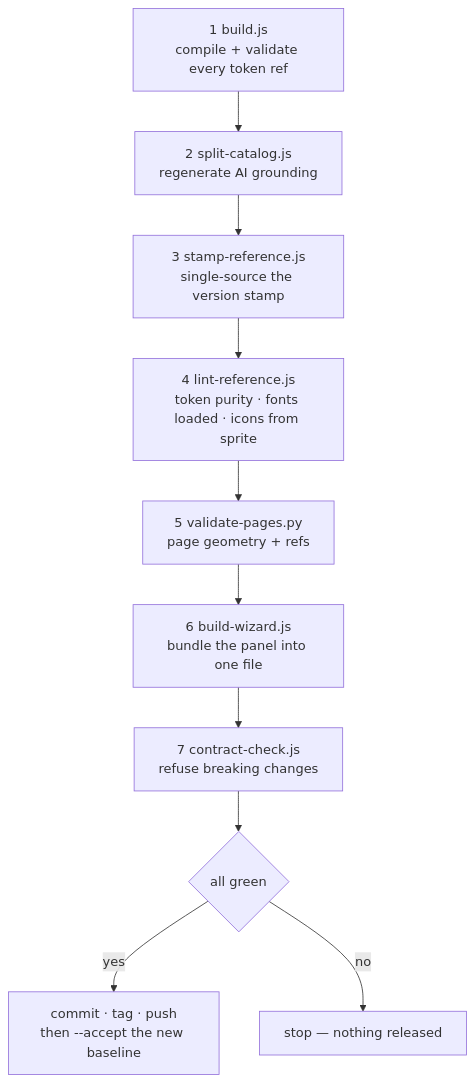
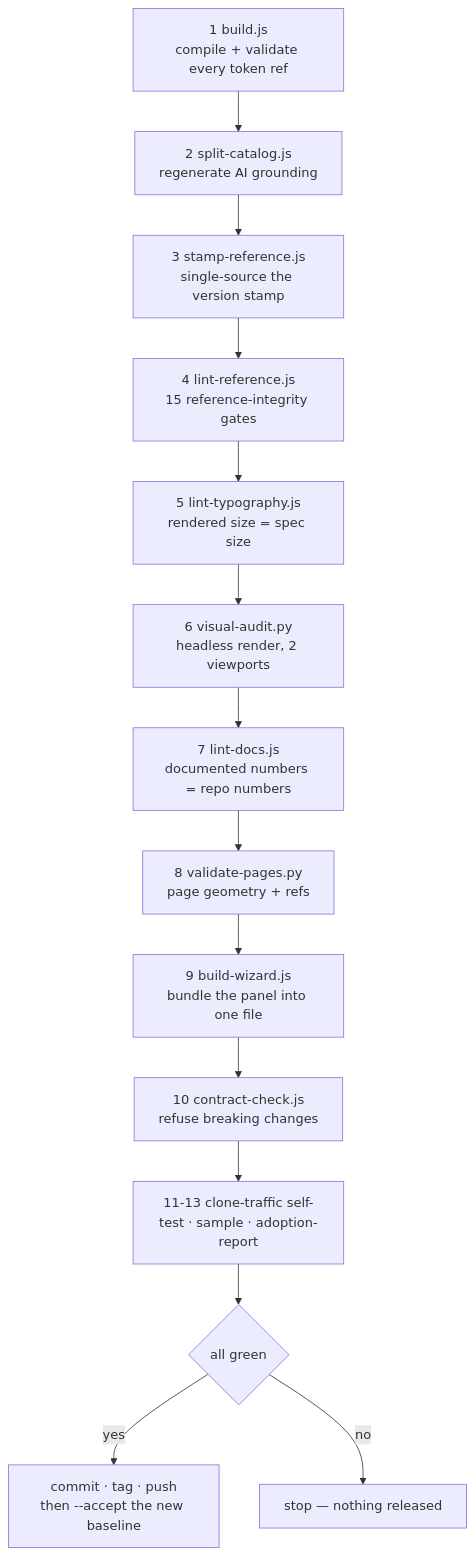
One commit to alamehan/design-system changed the second of 4 diagrams in docs/ARCHITECTURE.md. Above: the diagram before and after it, drawn with Mermaid. The commit also changed other lines of this file and 91 other files, not shown here.

````diff
--- a/docs/ARCHITECTURE.md
+++ b/docs/ARCHITECTURE.md
@@ -77,12 +79,16 @@
 ```mermaid
 flowchart TD
   A["1 build.js<br/>compile + validate every token ref"] --> B["2 split-catalog.js<br/>regenerate AI grounding"]
   B --> C["3 stamp-reference.js<br/>single-source the version stamp"]
-  C --> D["4 lint-reference.js<br/>token purity · fonts loaded · icons from sprite"]
-  D --> E["5 validate-pages.py<br/>page geometry + refs"]
-  E --> F["6 build-wizard.js<br/>bundle the panel into one file"]
-  F --> G["7 contract-check.js<br/>refuse breaking changes"]
-  G --> H{all green}
-  H -->|yes| I["commit · tag · push<br/>then --accept the new baseline"]
-  H -->|no| J["stop — nothing released"]
+  C --> D["4 lint-reference.js<br/>15 reference-integrity gates"]
+  D --> E["5 lint-typography.js<br/>rendered size = spec size"]
+  E --> F["6 visual-audit.py<br/>headless render, 2 viewports"]
+  F --> G["7 lint-docs.js<br/>documented numbers = repo numbers"]
+  G --> H["8 validate-pages.py<br/>page geometry + refs"]
+  H --> I["9 build-wizard.js<br/>bundle the panel into one file"]
+  I --> J["10 contract-check.js<br/>refuse breaking changes"]
+  J --> K["11-13 clone-traffic self-test · sample · adoption-report"]
+  K --> L{all green}
+  L -->|yes| M["commit · tag · push<br/>then --accept the new baseline"]
+  L -->|no| N["stop — nothing released"]
 ```
````
